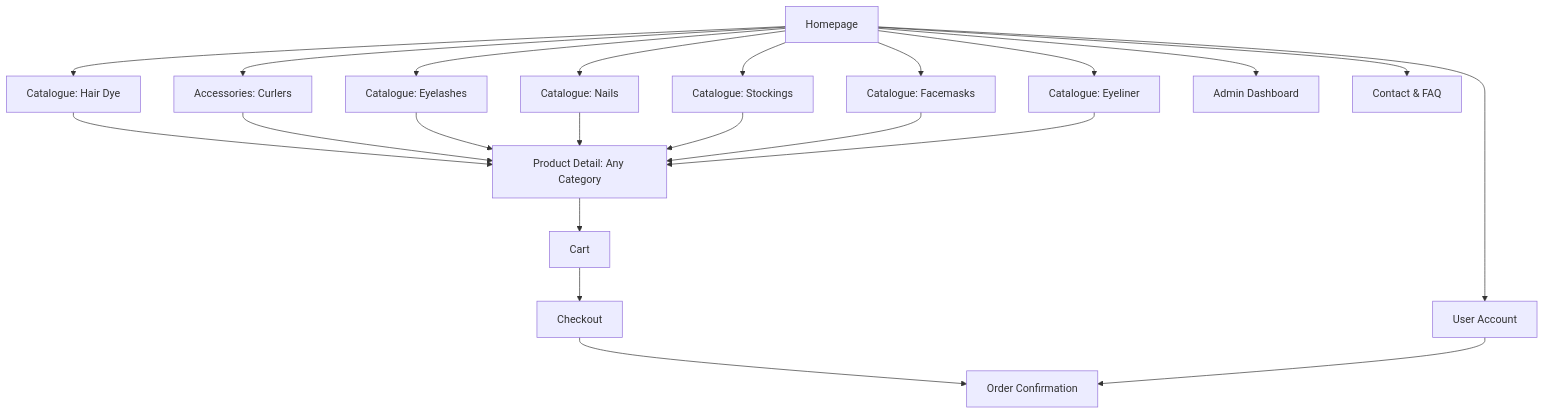
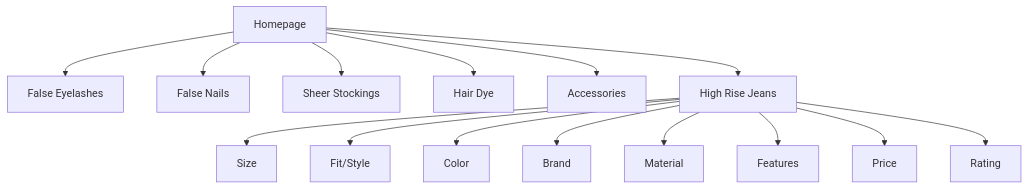
Before and after one commit to misterfitzy/false-eyelash-store: the diagram in specs/product-spec.md, drawn with Mermaid. The commit also changed other lines of this file, not shown here.

Commit message:
Add High Rise Jeans as a core category: catalog structure, filtering, admin, data model, UI/UX, user stories, and acceptance criteria.

````diff
--- a/specs/product-spec.md
+++ b/specs/product-spec.md
@@ -68,40 +29,24 @@
 ```mermaid
 graph TD
   A[Homepage]
-  B[Catalogue: Eyelashes]
-  B2[Catalogue: Nails]
-  B3[Catalogue: Stockings]
-  B4[Catalogue: Facemasks]
-  B5[Catalogue: Eyeliner]
-  B6[Accessories: Curlers]
-  B7[Catalogue: Hair Dye]
-  C[Product Detail: Any Category]
-  D[Cart]
-  E[Checkout]
-  F[Order Confirmation]
-  G[User Account]
-  H[Admin Dashboard]
-  I[Contact & FAQ]
-
+  B[False Eyelashes]
+  C[False Nails]
+  D[Sheer Stockings]
+  E[Hair Dye]
+  F[Accessories]
+  G[High Rise Jeans]
   A --> B
-  A --> B2
-  A --> B3
-  A --> B4
-  A --> B5
-  A --> B6
-  A --> B7
-  B7 --> C
-  B6 --> C
-  B --> C
-  B2 --> C
-  B3 --> C
-  B4 --> C
-  B5 --> C
-  C --> D
-  D --> E
-  E --> F
+  A --> C
+  A --> D
+  A --> E
+  A --> F
   A --> G
-  A --> I
-  G --> F
-  A --> H
+  G --> H1[Size]
+  G --> H2[Fit/Style]
+  G --> H3[Color]
+  G --> H4[Brand]
+  G --> H5[Material]
+  G --> H6[Features]
+  G --> H7[Price]
+  G --> H8[Rating]
 ```
````
